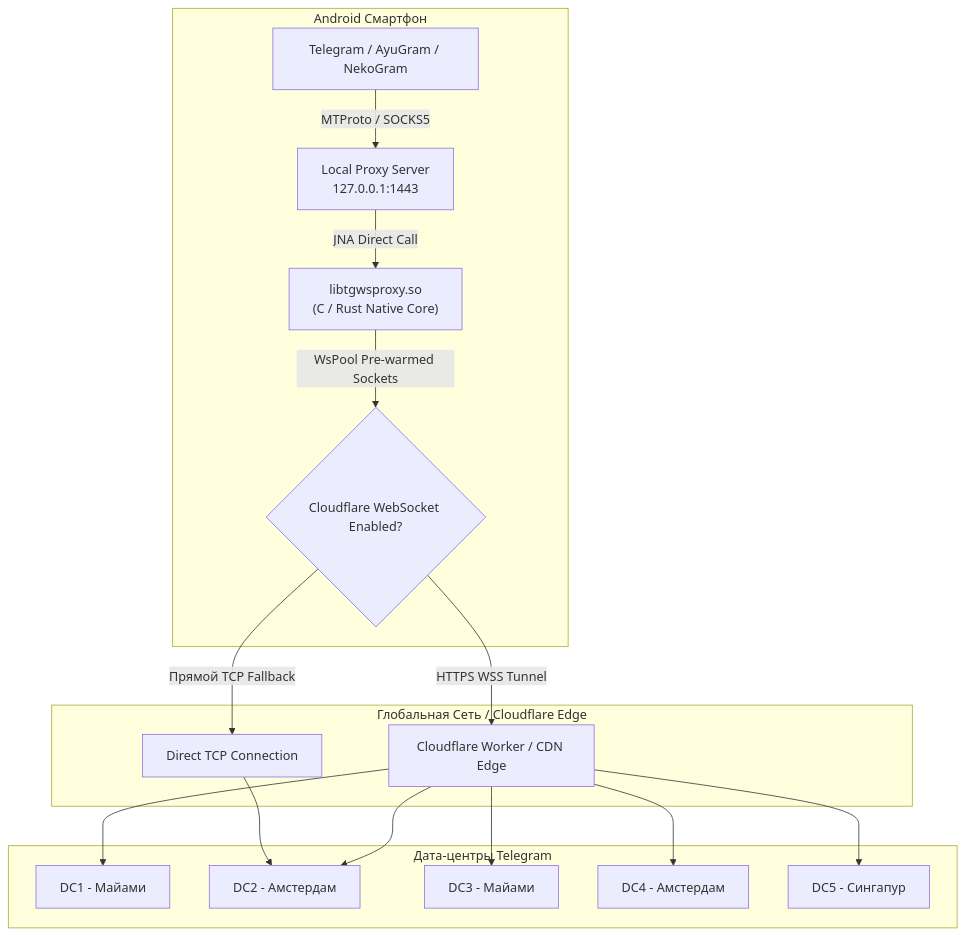
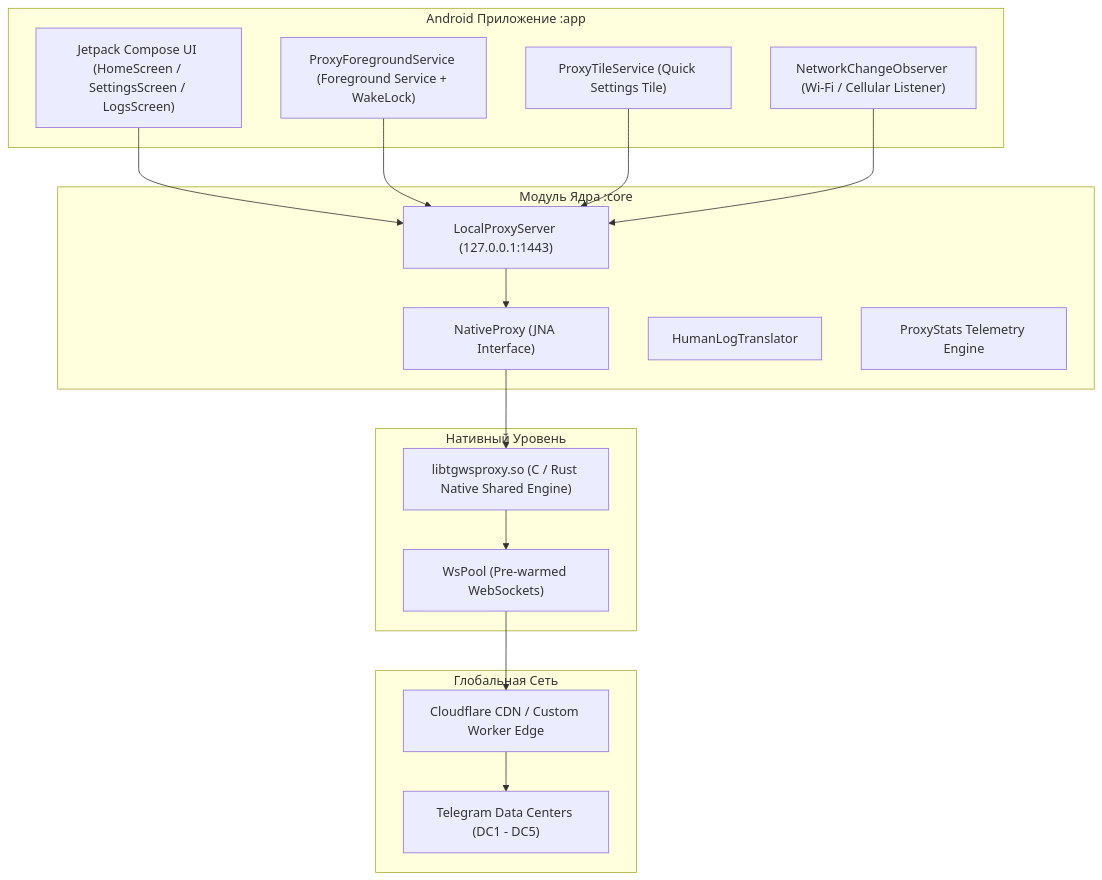
One commit to joycecurcirt539-dot/Mirrly-TG-Proxy changed the diagram in README.md. Above: the diagram before and after it, drawn with Mermaid. The commit also changed other lines of this file, not shown here.

Commit message:
Master 20-section Russian README.md (no emojis, with Flowseal credits, status, and screenshot placeholders)

````diff
--- a/README.md
+++ b/README.md
@@ -76,22 +77,36 @@
 ```mermaid
 flowchart TD
-    subgraph AndroidDevice ["Android Смартфон"]
-        TGClient["Telegram / AyuGram / NekoGram"] -->|MTProto / SOCKS5| LocalServer["Local Proxy Server\n127.0.0.1:1443"]
-        LocalServer -->|JNA Direct Call| NativeCore["libtgwsproxy.so\n(C / Rust Native Core)"]
-        NativeCore -->|WsPool Pre-warmed Sockets| PoolMgr{"Cloudflare WebSocket Enabled?"}
+    subgraph AppContainer ["Android Приложение :app"]
+        UI["Jetpack Compose UI (HomeScreen / SettingsScreen / LogsScreen)"]
+        FGService["ProxyForegroundService (Foreground Service + WakeLock)"]
+        TileService["ProxyTileService (Quick Settings Tile)"]
+        NetObserver["NetworkChangeObserver (Wi-Fi / Cellular Listener)"]
     end
 
-    subgraph Internet ["Глобальная Сеть / Cloudflare Edge"]
-        PoolMgr -->|HTTPS WSS Tunnel| CFWorker["Cloudflare Worker / CDN Edge"]
-        PoolMgr -->|Прямой TCP Fallback| DirectTCP["Direct TCP Connection"]
+    subgraph CoreContainer ["Модуль Ядра :core"]
+        LocalProxy["LocalProxyServer (127.0.0.1:1443)"]
+        JNABridge["NativeProxy (JNA Interface)"]
+        LogTranslator["HumanLogTranslator"]
+        StatsEngine["ProxyStats Telemetry Engine"]
     end
 
-    subgraph TelegramDCs ["Дата-центры Telegram"]
-        CFWorker --> DC1["DC1 - Майами"]
-        CFWorker --> DC2["DC2 - Амстердам"]
-        CFWorker --> DC3["DC3 - Майами"]
-        CFWorker --> DC4["DC4 - Амстердам"]
-        CFWorker --> DC5["DC5 - Сингапур"]
-        DirectTCP --> DC2
+    subgraph NativeLayer ["Нативный Уровень"]
+        NativeLib["libtgwsproxy.so (C / Rust Native Shared Engine)"]
+        SocketPool["WsPool (Pre-warmed WebSockets)"]
     end
+
+    subgraph ExternalNetwork ["Глобальная Сеть"]
+        CFCDN["Cloudflare CDN / Custom Worker Edge"]
+        TelegramDC["Telegram Data Centers (DC1 - DC5)"]
+    end
+
+    UI --> LocalProxy
+    FGService --> LocalProxy
+    TileService --> LocalProxy
+    NetObserver --> LocalProxy
+    LocalProxy --> JNABridge
+    JNABridge --> NativeLib
+    NativeLib --> SocketPool
+    SocketPool --> CFCDN
+    CFCDN --> TelegramDC
 ```
````
